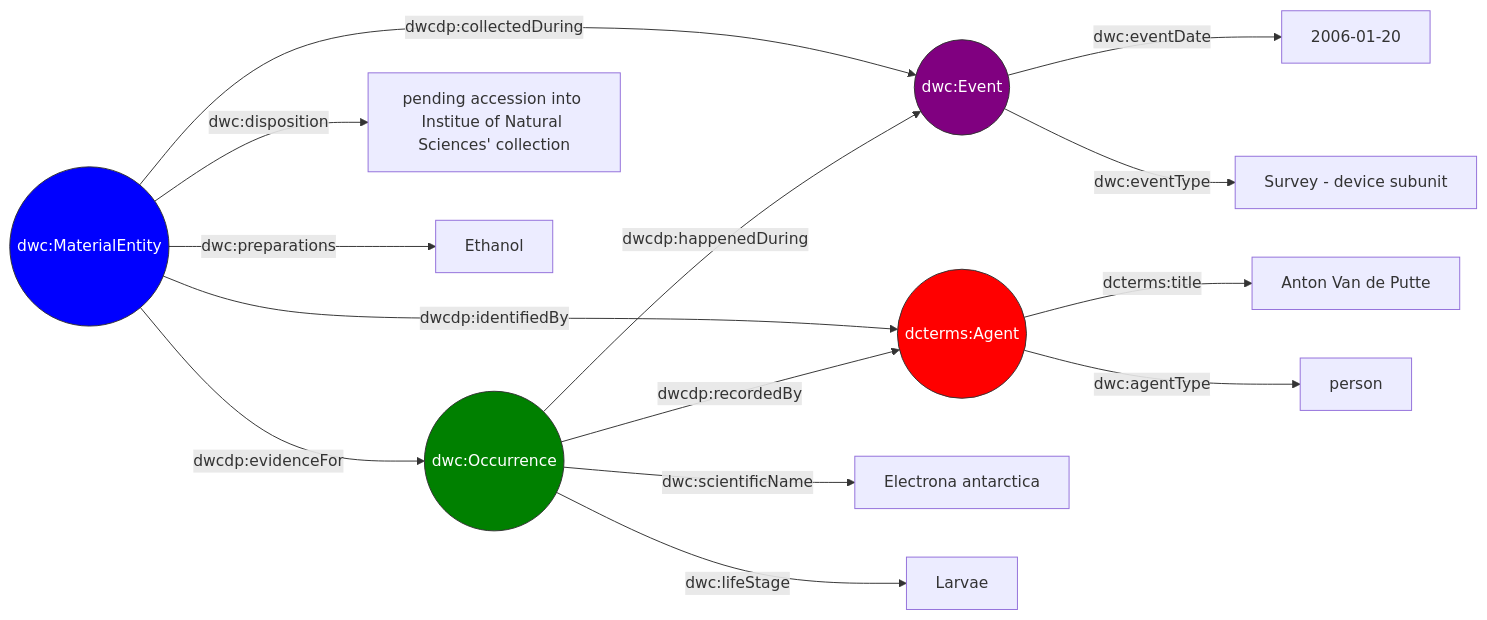
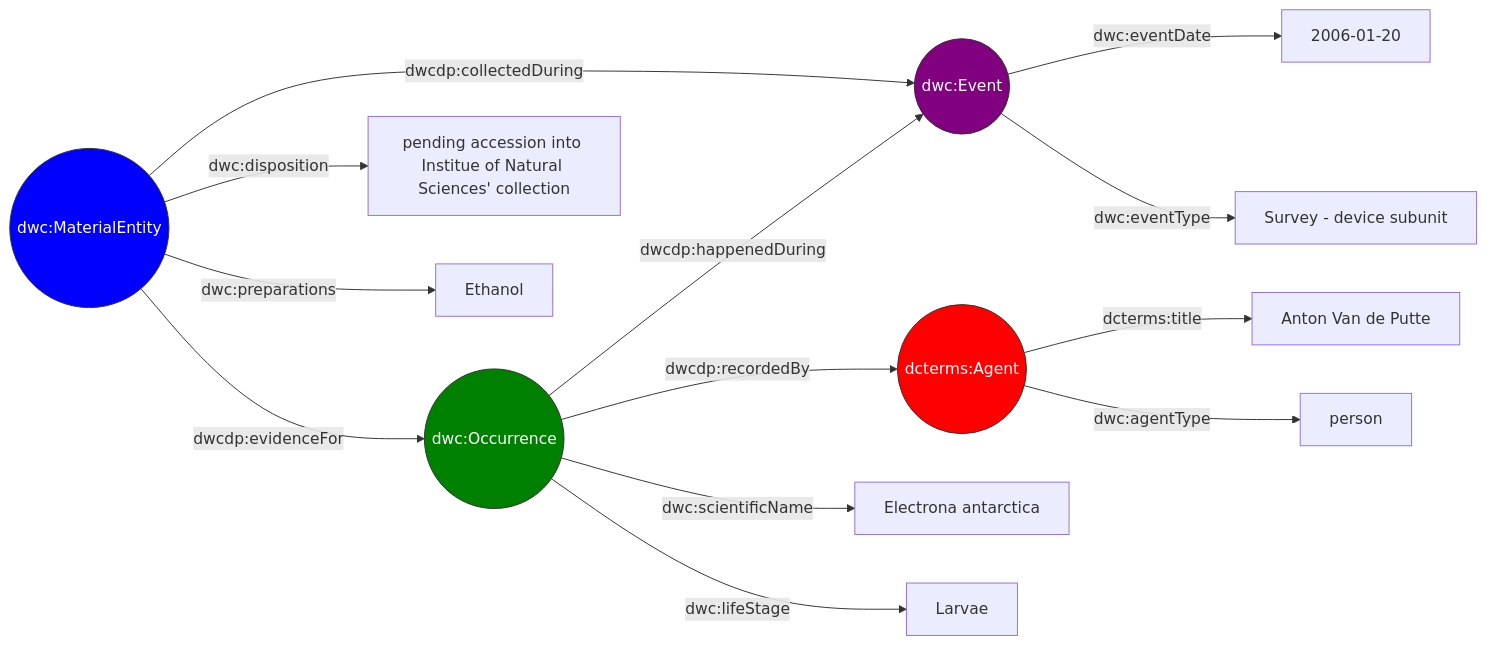
The diagram in README.md (QCBS/semantic-data-cloud), drawn with Mermaid before and after one commit. The commit also changed other lines of this file, not shown here.

````diff
--- a/README.md
+++ b/README.md
@@ -54,26 +54,25 @@
 ```mermaid
 graph LR
     Occ1((dwc:Occurrence)):::Occurrence
     Evt1((dwc:Event)):::Event
     Ment1((dwc:MaterialEntity)):::MaterialEntity
     Agt1((dcterms:Agent)):::Agent
     %% 
     classDef Occurrence fill:green,stroke:#333,color:white;
     classDef Event fill:purple,stroke:#333,color:white;
     classDef MaterialEntity fill:blue,stroke:#333,color:white;
     classDef Agent fill:red,stroke:#333,color:white;
     %% 
     Occ1((dwc:Occurrence)) -- dwc:scientificName --> Lit1["Electrona antarctica"]
     Occ1((dwc:Occurence)) -- dwc:lifeStage --> Lit2["Larvae"]
     Occ1((dwc:Occurrence)) -- dwcdp:happenedDuring --> Evt1((dwc:Event))
     Occ1((dwc:Occurrence)) -- dwcdp:recordedBy --> Agt1((dcterms:Agent))
     Evt1((dwc:Event)) -- dwc:eventDate --> Lit3["2006-01-20"]
     Evt1((dwc:Event)) -- dwc:eventType --> Lit4["Survey - device subunit"]
     Ment1((dwc:MaterialEntity)) -- dwcdp:collectedDuring --> Evt1((dwc:Event))
     Ment1((dwc:MaterialEntity)) -- dwcdp:evidenceFor --> Occ1((dwc:Occurrence))
-    Ment1((dwc:MaterialEntity)) -- dwcdp:identifiedBy --> Agt1((dcterms:Agent))
     Ment1((dwc:MaterialEntity)) -- dwc:disposition --> Lit6["pending accession into Institue of Natural Sciences' collection"]
     Ment1((dwc:MaterialEntity)) -- dwc:preparations --> Lit5["Ethanol"]
     Agt1((dcterms:Agent)) -- dcterms:title --> Lit7["Anton Van de Putte"]
     Agt1((dcterms:Agent)) -- dwc:agentType --> Lit8["person"]
 ```
````
